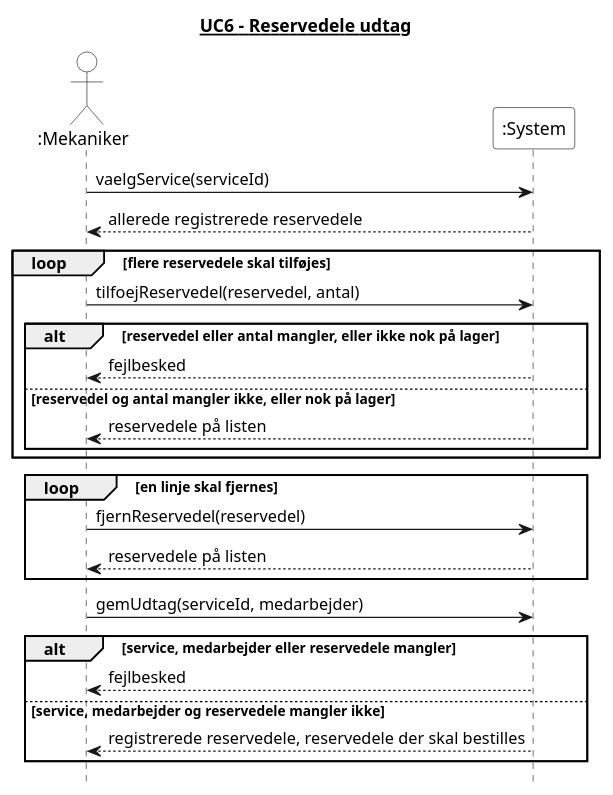
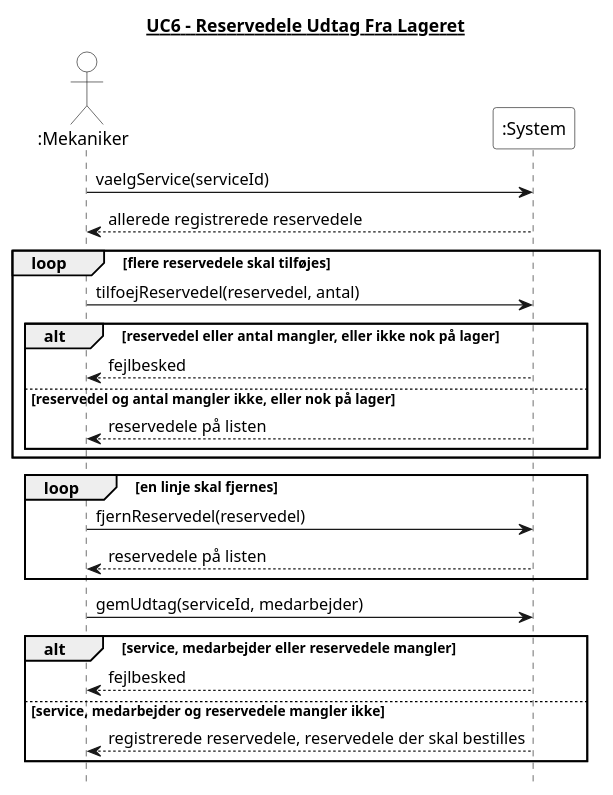
The diagram in 4. System Sekvens Diagram/UC6_reservedele_udtag.puml (Zoabz/Getting-Real), drawn with PlantUML before and after one commit. The commit also changed 19 other files, not shown here.

```diff
--- a/4. System Sekvens Diagram/UC6_reservedele_udtag.puml
+++ b/4. System Sekvens Diagram/UC6_reservedele_udtag.puml
@@ -1,45 +1,45 @@
 @startuml
-title <u>UC6 - Reservedele udtag</u>
+title <u>UC6 - Reservedele Udtag Fra Lageret</u>
 hide footbox
 skinparam monochrome true
 skinparam shadowing false
 skinparam backgroundColor white
 skinparam actor {
   BackgroundColor white
 }
 skinparam participant {
   BackgroundColor white
 }
 
 actor ":Mekaniker"
 participant ":System" as System
 
 ":Mekaniker" -> System : vaelgService(serviceId)
 
 System --> ":Mekaniker" : allerede registrerede reservedele
 
 loop flere reservedele skal tilføjes
   ":Mekaniker" -> System : tilfoejReservedel(reservedel, antal)
   
   alt reservedel eller antal mangler, eller ikke nok på lager
     System --> ":Mekaniker" : fejlbesked
   else reservedel og antal mangler ikke, eller nok på lager
     System --> ":Mekaniker" : reservedele på listen
   end
   
 end
 loop en linje skal fjernes
   ":Mekaniker" -> System : fjernReservedel(reservedel)
   
   System --> ":Mekaniker" : reservedele på listen
   
 end
 ":Mekaniker" -> System : gemUdtag(serviceId, medarbejder)
 
 alt service, medarbejder eller reservedele mangler
   System --> ":Mekaniker" : fejlbesked
 else service, medarbejder og reservedele mangler ikke
   System --> ":Mekaniker" : registrerede reservedele, reservedele der skal bestilles
 end
 
 @enduml
```
